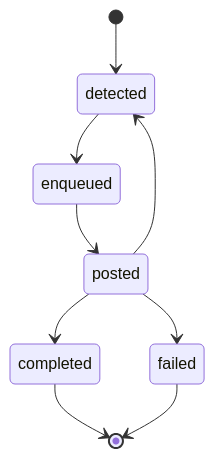
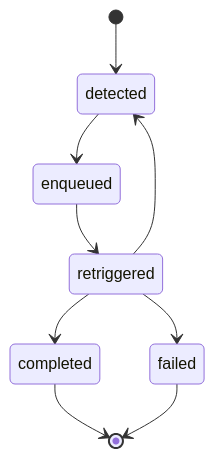
Before and after one commit to couimet/rabbit-maximizer: the diagram in docs/event-lifecycle.md, drawn with Mermaid. The commit also changed other lines of this file and 33 other files, not shown here.

First line of the commit message:
[issues/78] Rename `posted` to `retriggered` across the codebase (#86)

````diff
--- a/docs/event-lifecycle.md
+++ b/docs/event-lifecycle.md
@@ -5,11 +5,11 @@
 ```mermaid
 stateDiagram-v2
     [*] --> detected
     detected --> enqueued
-    enqueued --> posted
-    posted --> detected
-    posted --> completed
-    posted --> failed
+    enqueued --> retriggered
+    retriggered --> detected
+    retriggered --> completed
+    retriggered --> failed
     completed --> [*]
     failed --> [*]
 ```
````
